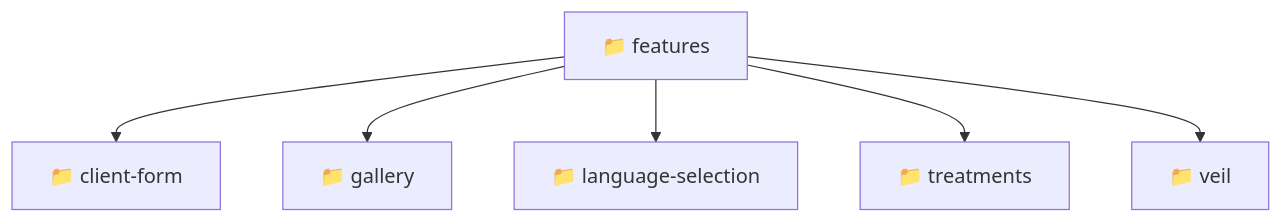
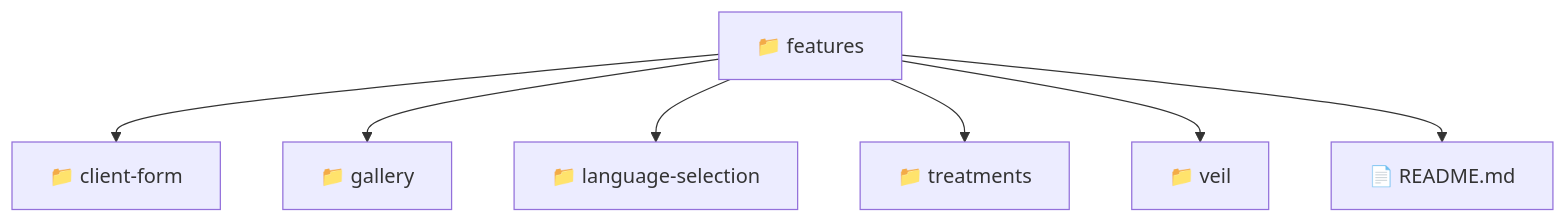
The diagram in frontend/src/features/README.md (beginwebdev2002/fullstack-mavluda), drawn with Mermaid before and after one commit. The commit also changed other lines of this file and 158 other files, not shown here.

First line of the commit message:
chore: autogenerate luxury professional README.md files for full architectural transparency

````diff
--- a/frontend/src/features/README.md
+++ b/frontend/src/features/README.md
@@ -11,9 +11,10 @@
 ```mermaid
 graph TD
   Root["📁 features"]
-  Root --> client-form["📁 client-form"]
+  Root --> client_form["📁 client-form"]
   Root --> gallery["📁 gallery"]
-  Root --> language-selection["📁 language-selection"]
+  Root --> language_selection["📁 language-selection"]
   Root --> treatments["📁 treatments"]
   Root --> veil["📁 veil"]
+  Root --> README_md["📄 README.md"]
 ```
````
